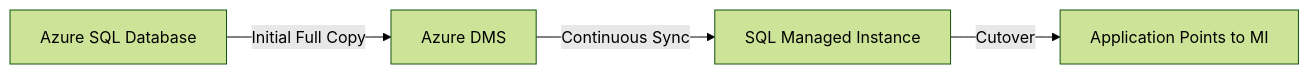
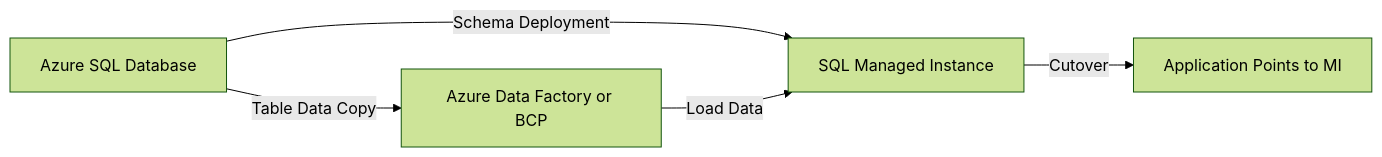
The diagram in posts/2026-02-16-how-to-migrate-from-azure-sql-database-to-azure-sql-managed-instance/README.md (OneUptime/blog), drawn with Mermaid (forest theme) before and after one commit. The commit also changed other lines of this file and 2 other files, not shown here.

Commit message:
validate: 2026-02-16-how-to-migrate-from-azure-sql-database-to-azure-sql-managed-instance

````diff
--- a/posts/2026-02-16-how-to-migrate-from-azure-sql-database-to-azure-sql-managed-instance/README.md
+++ b/posts/2026-02-16-how-to-migrate-from-azure-sql-database-to-azure-sql-managed-instance/README.md
@@ -93,6 +94,7 @@
 ```mermaid
 graph LR
-    A[Azure SQL Database] -->|Initial Full Copy| B[Azure DMS]
-    B -->|Continuous Sync| C[SQL Managed Instance]
-    C -->|Cutover| D[Application Points to MI]
+    A[Azure SQL Database] -->|Schema Deployment| B[SQL Managed Instance]
+    A -->|Table Data Copy| C[Azure Data Factory or BCP]
+    C -->|Load Data| B
+    B -->|Cutover| D[Application Points to MI]
 ```
````
